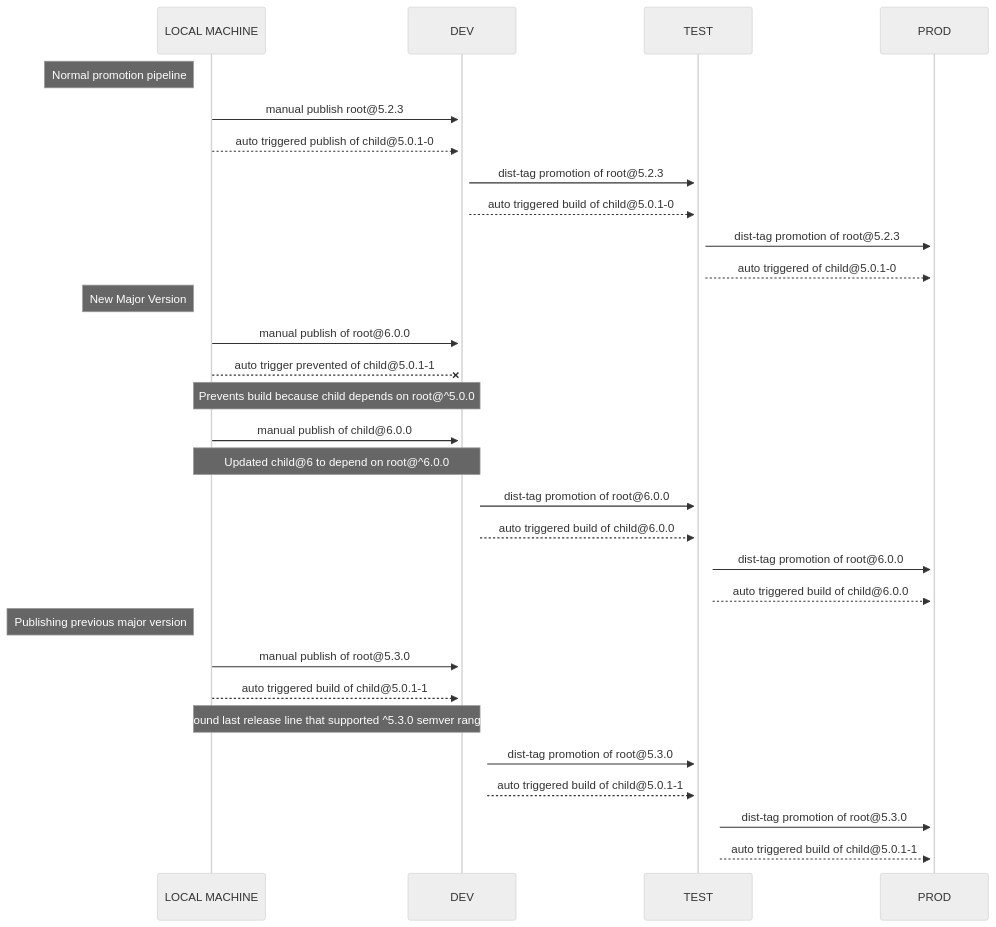
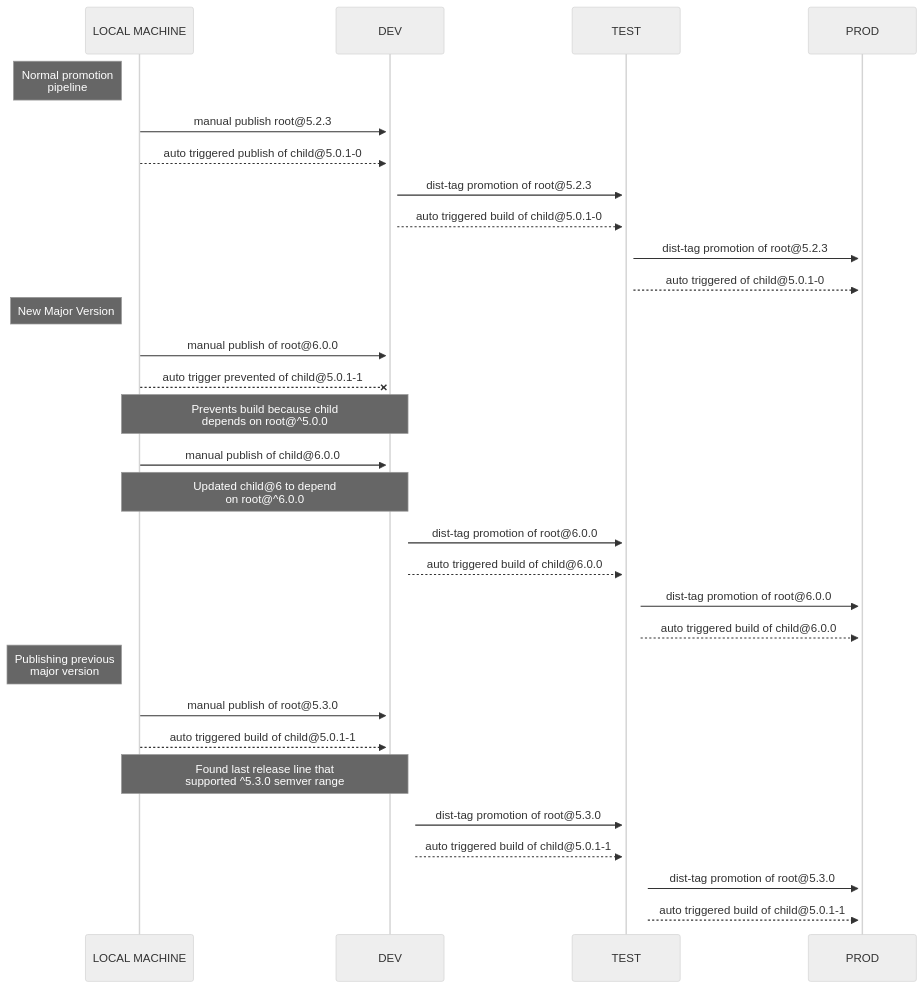
Before and after one commit to godaddy/feedsme: the diagram in diagrams/code/build.mmd, drawn with Mermaid (neutral theme).

Commit message:
[fix] size of boxes is restricted by width, break lines

```diff
--- a/diagrams/code/build.mmd
+++ b/diagrams/code/build.mmd
@@ -1,30 +1,30 @@
 sequenceDiagram
   participant LOCAL MACHINE
   participant DEV
   participant TEST
   participant PROD
-  Note left of LOCAL MACHINE: Normal promotion pipeline
+  Note left of LOCAL MACHINE: Normal promotion <br>pipeline
   LOCAL MACHINE->>+DEV: manual publish root@5.2.3
   LOCAL MACHINE-->>+DEV: auto triggered publish of child@5.0.1-0
   DEV->>+TEST: dist-tag promotion of root@5.2.3
   DEV-->>+TEST: auto triggered build of child@5.0.1-0
   TEST->>+PROD: dist-tag promotion of root@5.2.3
   TEST-->>+PROD: auto triggered of child@5.0.1-0
   Note left of LOCAL MACHINE: New Major Version
   LOCAL MACHINE->>+DEV: manual publish of root@6.0.0
   LOCAL MACHINE--X+DEV: auto trigger prevented of child@5.0.1-1
-  Note over LOCAL MACHINE,DEV: Prevents build because child depends on root@^5.0.0
+  Note over LOCAL MACHINE,DEV: Prevents build because child <br>depends on root@^5.0.0
   LOCAL MACHINE->>+DEV: manual publish of child@6.0.0
-  Note over LOCAL MACHINE,DEV: Updated child@6 to depend on root@^6.0.0
+  Note over LOCAL MACHINE,DEV: Updated child@6 to depend <br>on root@^6.0.0
   DEV->>+TEST: dist-tag promotion of root@6.0.0
   DEV-->>+TEST: auto triggered build of child@6.0.0
   TEST->>+PROD: dist-tag promotion of root@6.0.0
   TEST-->>+PROD: auto triggered build of child@6.0.0
-  Note left of LOCAL MACHINE: Publishing previous major version
+  Note left of LOCAL MACHINE: Publishing previous <br>major version
   LOCAL MACHINE->>+DEV: manual publish of root@5.3.0
   LOCAL MACHINE-->>+DEV: auto triggered build of child@5.0.1-1
-  Note over LOCAL MACHINE,DEV: Found last release line that supported ^5.3.0 semver range
+  Note over LOCAL MACHINE,DEV: Found last release line that <br>supported ^5.3.0 semver range
   DEV->>+TEST: dist-tag promotion of root@5.3.0
   DEV-->>+TEST: auto triggered build of child@5.0.1-1
   TEST->>+PROD: dist-tag promotion of root@5.3.0
   TEST-->>+PROD: auto triggered build of child@5.0.1-1
```
